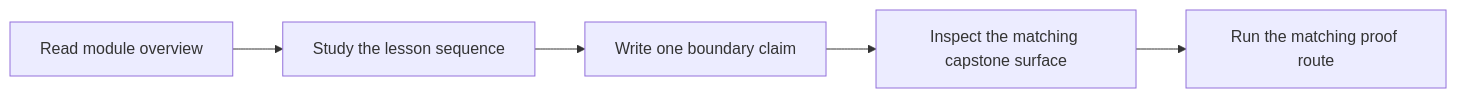
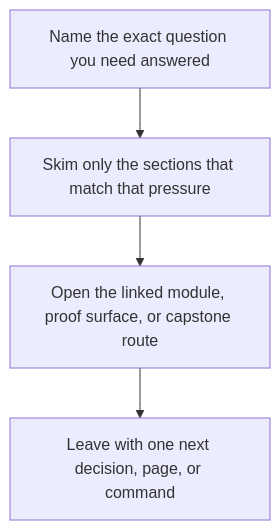
The second of 2 diagrams in programs/python-programming/python-functional-programming/course-book/guides/practice-map.md (bijux/bijux-masterclass), drawn with Mermaid before and after one commit. The commit also changed other lines of this file and 23 other files, not shown here.

Commit message:
docs(python-functional-programming): sharpen guide and reference diagrams

````diff
--- a/programs/python-programming/python-functional-programming/course-book/guides/practice-map.md
+++ b/programs/python-programming/python-functional-programming/course-book/guides/practice-map.md
@@ -7,7 +15,6 @@
 ```mermaid
-graph LR
-  overview["Read module overview"] --> lessons["Study the lesson sequence"]
-  lessons --> claim["Write one boundary claim"]
-  claim --> inspect["Inspect the matching capstone surface"]
-  inspect --> verify["Run the matching proof route"]
+flowchart TD
+  question["Name the exact question you need answered"] --> skim["Skim only the sections that match that pressure"]
+  skim --> crosscheck["Open the linked module, proof surface, or capstone route"]
+  crosscheck --> next_move["Leave with one next decision, page, or command"]
 ```
````
